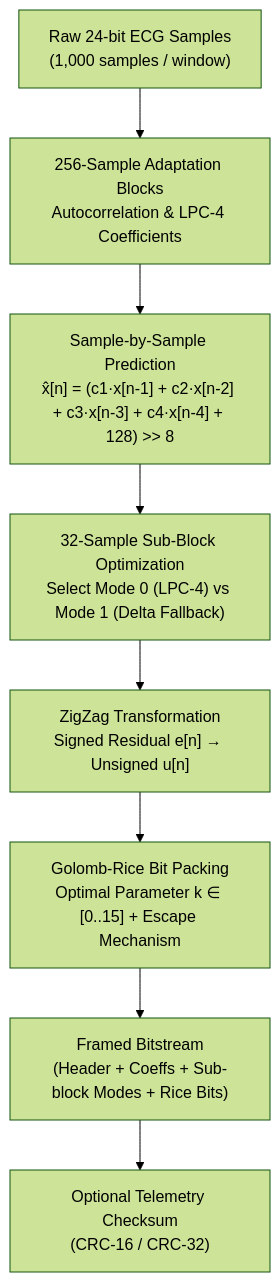
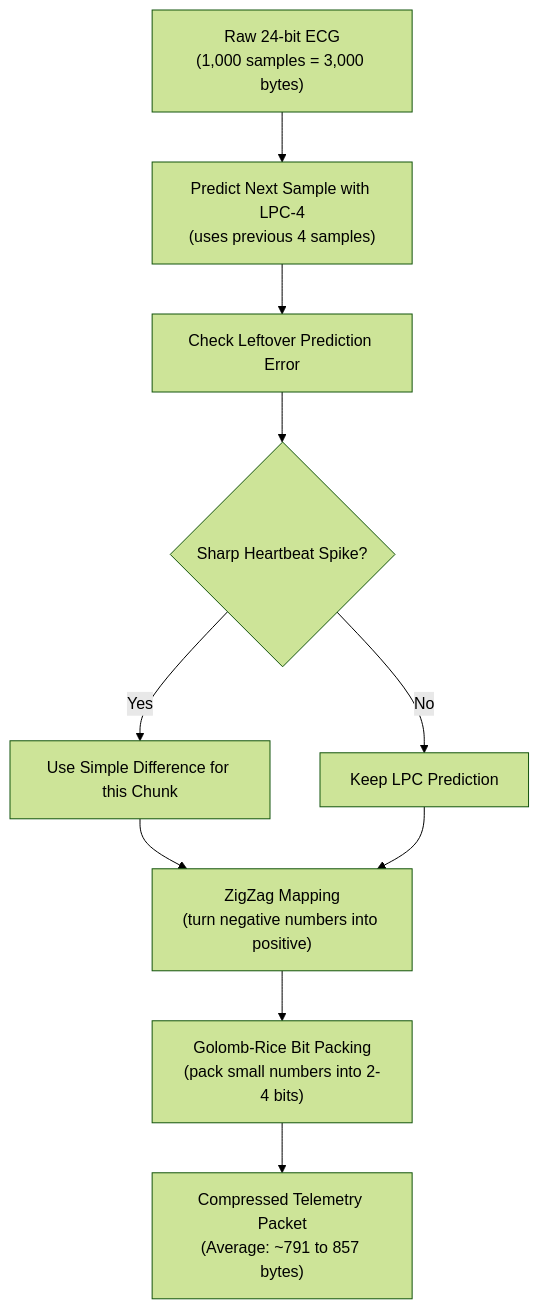
The diagram in README.md (er-anubhav/e4a-ecg-compression), drawn with Mermaid (forest theme) before and after one commit. The commit also changed other lines of this file, not shown here.

````diff
--- a/README.md
+++ b/README.md
@@ -110,10 +91,12 @@
 ```mermaid
 flowchart TD
-    A["Raw 24-bit ECG Samples<br>(1,000 samples / window)"] --> B["256-Sample Adaptation Blocks<br>Autocorrelation & LPC-4 Coefficients"]
-    B --> C["Sample-by-Sample Prediction<br>x̂[n] = (c1·x[n-1] + c2·x[n-2] + c3·x[n-3] + c4·x[n-4] + 128) >> 8"]
-    C --> D["32-Sample Sub-Block Optimization<br>Select Mode 0 (LPC-4) vs Mode 1 (Delta Fallback)"]
-    D --> E["ZigZag Transformation<br>Signed Residual e[n] → Unsigned u[n]"]
-    E --> F["Golomb-Rice Bit Packing<br>Optimal Parameter k ∈ [0..15] + Escape Mechanism"]
-    F --> G["Framed Bitstream<br>(Header + Coeffs + Sub-block Modes + Rice Bits)"]
-    G --> H["Optional Telemetry Checksum<br>(CRC-16 / CRC-32)"]
+    A["Raw 24-bit ECG<br>(1,000 samples = 3,000 bytes)"] --> B["Predict Next Sample with LPC-4<br>(uses previous 4 samples)"]
+    B --> C["Check Leftover Prediction Error"]
+    C --> D{"Sharp Heartbeat Spike?"}
+    D -- Yes --> E["Use Simple Difference for this Chunk"]
+    D -- No --> F["Keep LPC Prediction"]
+    E --> G["ZigZag Mapping<br>(turn negative numbers into positive)"]
+    F --> G
+    G --> H["Golomb-Rice Bit Packing<br>(pack small numbers into 2-4 bits)"]
+    H --> I["Compressed Telemetry Packet<br>(Average: ~791 to 857 bytes)"]
 ```
````
